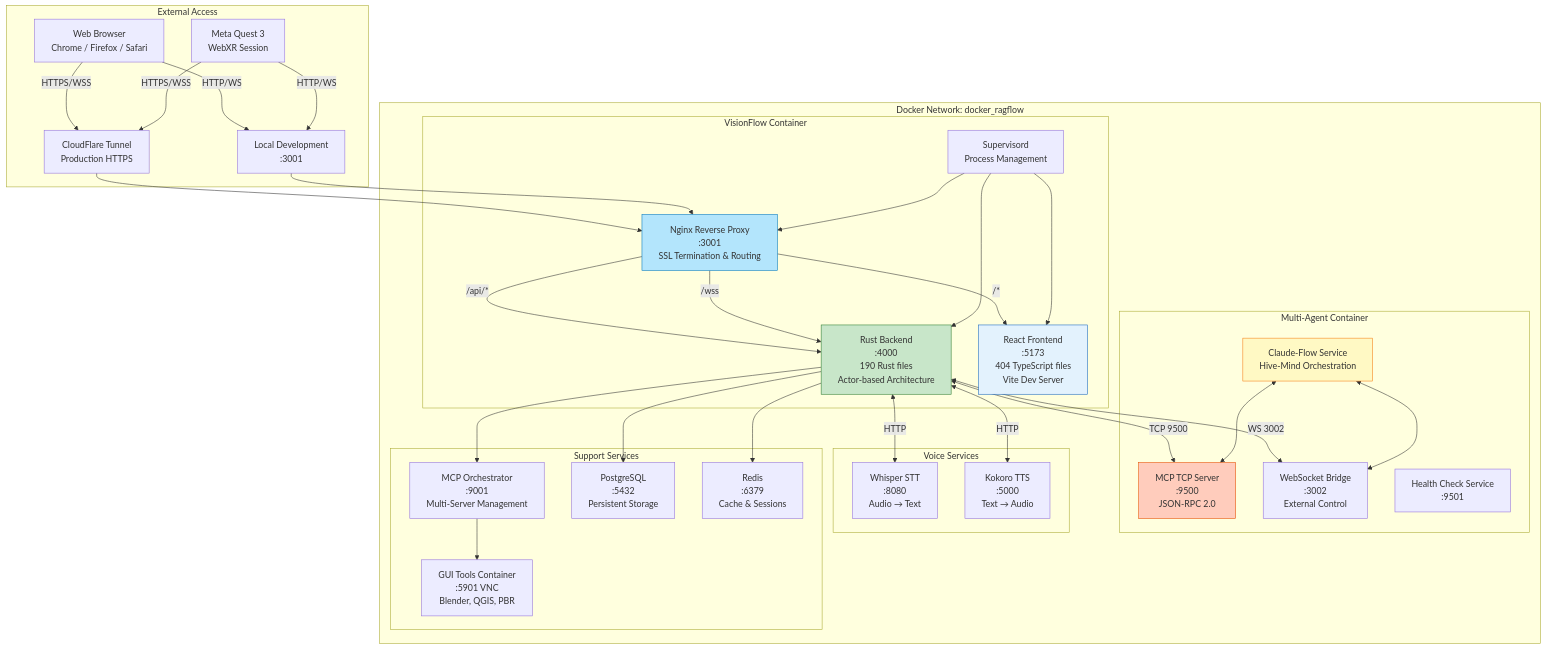
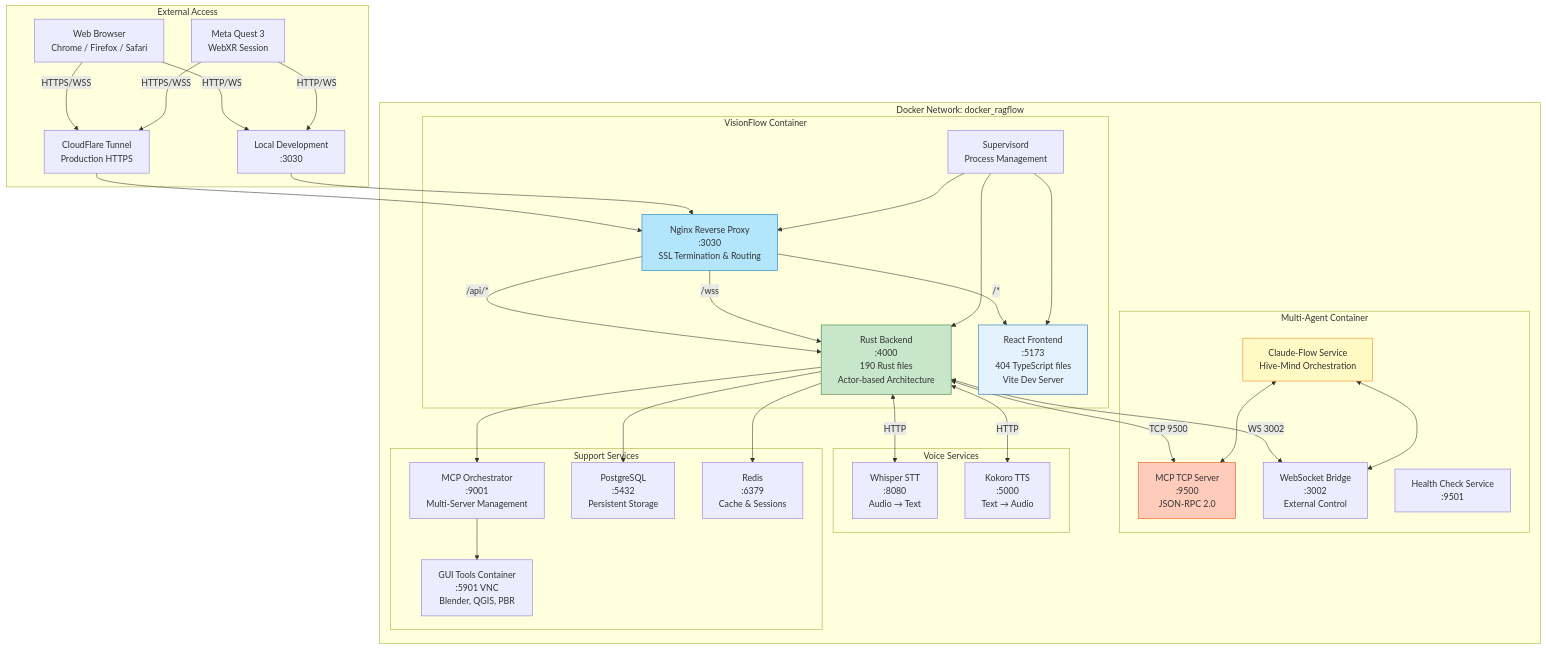
The second of 15 diagrams in docs/concepts/system-architecture.md (DreamLab-AI/VisionFlow), drawn with Mermaid before and after one commit. The commit also changed other lines of this file and 35 other files, not shown here.

````diff
--- a/docs/concepts/system-architecture.md
+++ b/docs/concepts/system-architecture.md
@@ -68,68 +68,68 @@
 ```mermaid
 graph TB
     subgraph "Docker Network: docker_ragflow"
         subgraph "VisionFlow Container"
-            Nginx["Nginx Reverse Proxy<br/>:3001<br/>SSL Termination & Routing"]
+            Nginx["Nginx Reverse Proxy<br/>:3030<br/>SSL Termination & Routing"]
             Backend["Rust Backend<br/>:4000<br/>190 Rust files<br/>Actor-based Architecture"]
             Frontend["React Frontend<br/>:5173<br/>404 TypeScript files<br/>Vite Dev Server"]
             Supervisor["Supervisord<br/>Process Management"]
         end
 
         subgraph "Multi-Agent Container"
             ClaudeFlow["Claude-Flow Service<br/>Hive-Mind Orchestration"]
             MCPServer["MCP TCP Server<br/>:9500<br/>JSON-RPC 2.0"]
             WSBridge["WebSocket Bridge<br/>:3002<br/>External Control"]
             HealthCheck["Health Check Service<br/>:9501"]
         end
 
         subgraph "Voice Services"
             Whisper["Whisper STT<br/>:8080<br/>Audio → Text"]
             Kokoro["Kokoro TTS<br/>:5000<br/>Text → Audio"]
         end
 
         subgraph "Support Services"
             MCPOrch["MCP Orchestrator<br/>:9001<br/>Multi-Server Management"]
             GUITools["GUI Tools Container<br/>:5901 VNC<br/>Blender, QGIS, PBR"]
             PostgreSQL["PostgreSQL<br/>:5432<br/>Persistent Storage"]
             Redis["Redis<br/>:6379<br/>Cache & Sessions"]
         end
     end
 
     subgraph "External Access"
         Browser[Web Browser<br/>Chrome / Firefox / Safari]
         Quest3[Meta Quest 3<br/>WebXR Session]
         CloudFlare["CloudFlare Tunnel<br/>Production HTTPS"]
-        LocalDev["Local Development<br/>:3001"]
+        LocalDev["Local Development<br/>:3030"]
     end
 
     Browser & Quest3 -->|HTTP/WS| LocalDev
     Browser & Quest3 -->|HTTPS/WSS| CloudFlare
     CloudFlare & LocalDev --> Nginx
 
     Nginx -->|/api/*| Backend
     Nginx -->|/*| Frontend
     Nginx -->|/wss| Backend
 
     Backend <-->|TCP 9500| MCPServer
     Backend <-->|WS 3002| WSBridge
     Backend <-->|HTTP| Whisper
     Backend <-->|HTTP| Kokoro
     Backend --> PostgreSQL
     Backend --> Redis
 
     ClaudeFlow <--> MCPServer
     ClaudeFlow <--> WSBridge
 
     Backend --> MCPOrch
     MCPOrch --> GUITools
 
     Supervisor --> Nginx
     Supervisor --> Backend
     Supervisor --> Frontend
 
     style Backend fill:#c8e6c9,stroke:#2E7D32
     style Frontend fill:#e3f2fd,stroke:#1565C0
     style MCPServer fill:#ffccbc,stroke:#E65100
     style Nginx fill:#b3e5fc,stroke:#0277BD
     style ClaudeFlow fill:#fff9c4,stroke:#F57F17
 ```
````
